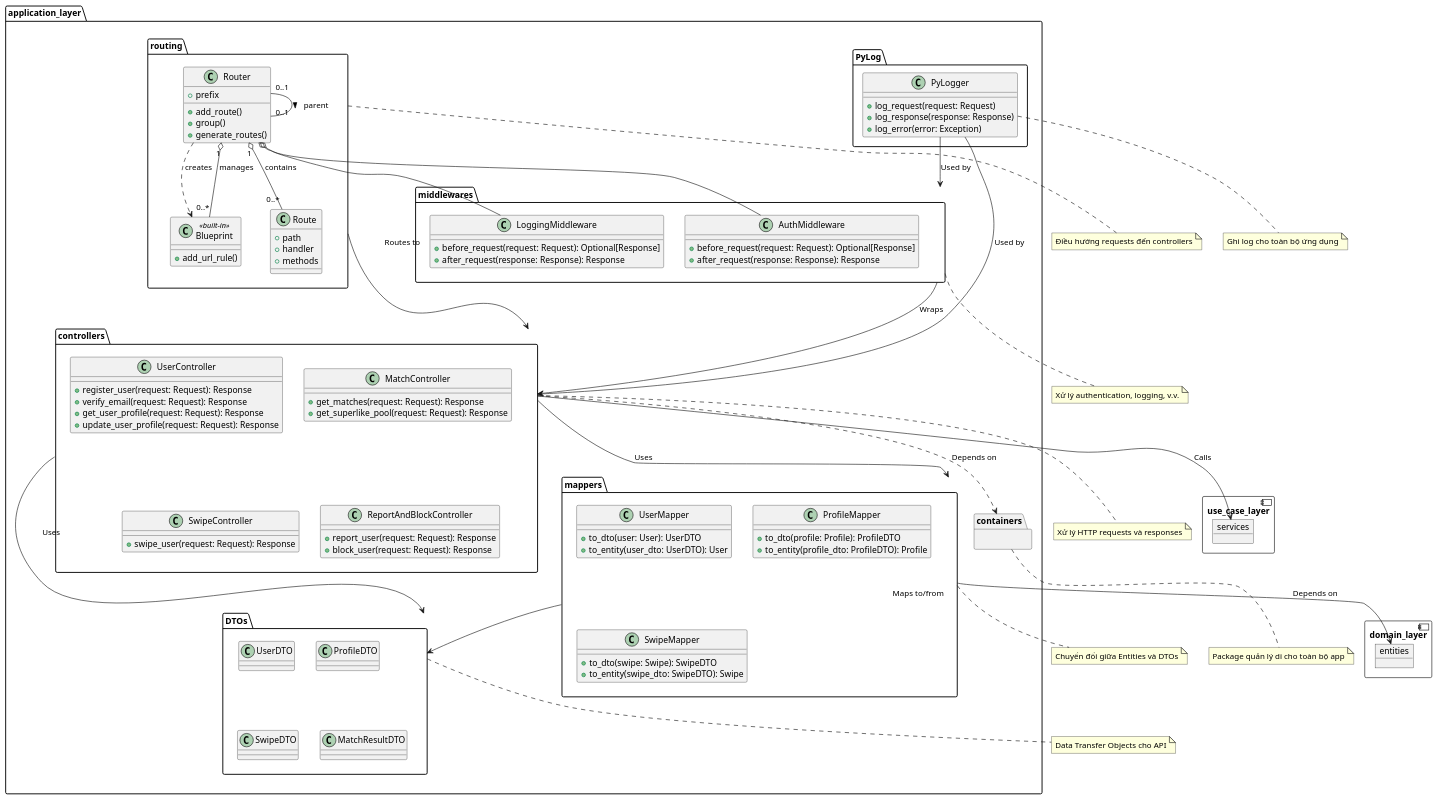
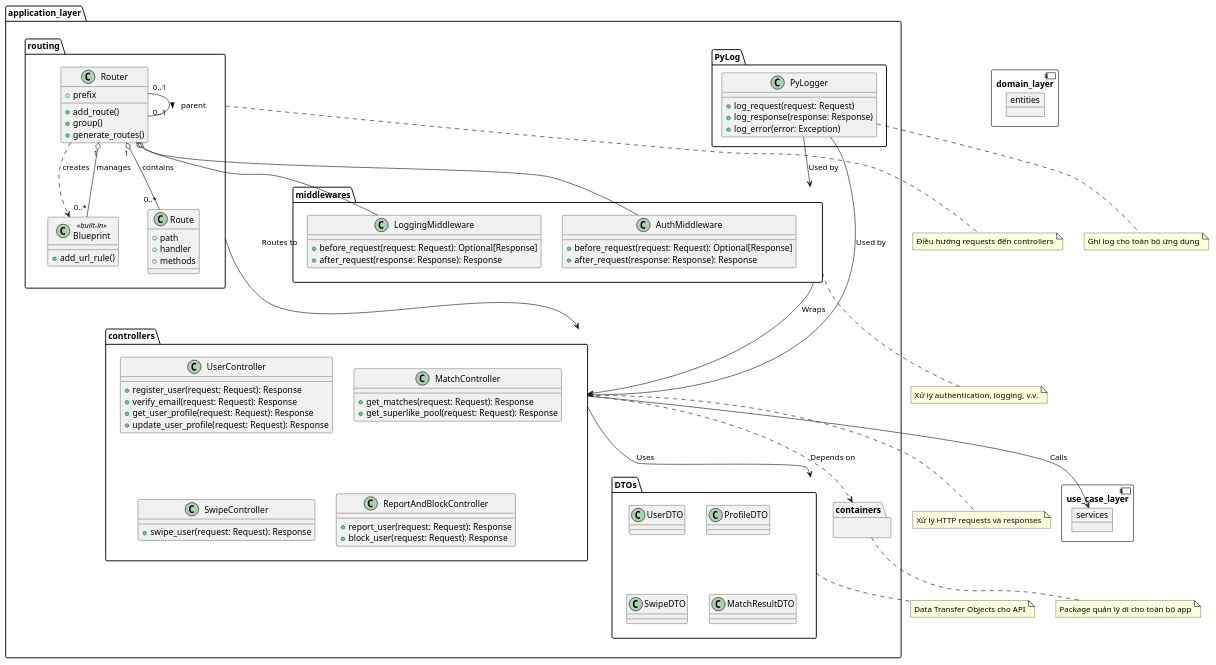
The fifth of 5 diagrams in docs/Dating_App_Package_diagram.puml (tammysensitive2312/Tinder-Dating-App-_IT4409), drawn with PlantUML before and after one commit. The commit also changed 6 other files, not shown here.

```diff
--- a/docs/Dating_App_Package_diagram.puml
+++ b/docs/Dating_App_Package_diagram.puml
@@ -354,162 +354,162 @@
 @startuml application_layer
 
 ' Định nghĩa package chính cho Application Layer
 package application_layer {
 
     ' Package Controllers
     package controllers {
         class UserController {
             + register_user(request: Request): Response
             + verify_email(request: Request): Response
             + get_user_profile(request: Request): Response
             + update_user_profile(request: Request): Response
         }
 
         class MatchController {
             + get_matches(request: Request): Response
             + get_superlike_pool(request: Request): Response
         }
 
         class SwipeController {
             + swipe_user(request: Request): Response
         }
 
         class ReportAndBlockController {
             + report_user(request: Request): Response
             + block_user(request: Request): Response
         }
     }
 
     ' Package Middleware
     package middlewares {
         class AuthMiddleware {
             + before_request(request: Request): Optional[Response]
             + after_request(response: Response): Response
         }
 
         class LoggingMiddleware {
             + before_request(request: Request): Optional[Response]
             + after_request(response: Response): Response
         }
     }
 
     ' Package Logging
     package PyLog {
         class PyLogger {
             + log_request(request: Request)
             + log_response(response: Response)
             + log_error(error: Exception)
         }
     }
 
     ' Package Routing
     package routing {
     class Route {
         + path
         + handler
         + methods
     }
 
     class Router {
         + prefix
         + add_route()
         + group()
         + generate_routes()
     }
 
     class Blueprint <<built-in>> {
         + add_url_rule()
     }
 
     Router "1" o-- "0..*" Route : contains
     Router "0..1" -- "0..1" Router : parent >
     Router "1" o-- "0..*" Blueprint : manages
     Router ..> Blueprint : creates
 
     Router o-- AuthMiddleware
     Router o-- LoggingMiddleware
     }
 
     ' Package Mappers
-    package mappers {
-        class UserMapper {
-            + to_dto(user: User): UserDTO
-            + to_entity(user_dto: UserDTO): User
-        }
-
-        class ProfileMapper {
-            + to_dto(profile: Profile): ProfileDTO
-            + to_entity(profile_dto: ProfileDTO): Profile
-        }
-
-        class SwipeMapper {
-            + to_dto(swipe: Swipe): SwipeDTO
-            + to_entity(swipe_dto: SwipeDTO): Swipe
-        }
-    }
+'    package mappers {
+'        class UserMapper {
+'            + to_dto(user: User): UserDTO
+'            + to_entity(user_dto: UserDTO): User
+'        }
+'
+'        class ProfileMapper {
+'            + to_dto(profile: Profile): ProfileDTO
+'            + to_entity(profile_dto: ProfileDTO): Profile
+'        }
+'
+'        class SwipeMapper {
+'            + to_dto(swipe: Swipe): SwipeDTO
+'            + to_entity(swipe_dto: SwipeDTO): Swipe
+'        }
+'    }
 
     ' Package DTOs
     package "DTOs" {
         class UserDTO
         class ProfileDTO
         class SwipeDTO
         class MatchResultDTO
     }
 
     package containers {
     }
 }
 
 ' Định nghĩa các mối quan hệ giữa các package trong Application Layer
-controllers --> mappers : "Uses"
+'controllers --> mappers : "Uses"
 controllers --> DTOs : "Uses"
-mappers --> DTOs : "Maps to/from"
+'mappers --> DTOs : "Maps to/from"
 middlewares --> controllers : "Wraps"
 routing --> controllers : "Routes to"
 PyLogger --> middlewares : "Used by"
 PyLogger --> controllers : "Used by"
 controllers ..> containers : "Depends on"
 
 ' Định nghĩa các thành phần bên ngoài (external dependencies)
 component domain_layer {
     object entities
 }
 
 component use_case_layer {
     object services
 }
 
 ' Mối quan hệ với các layer khác
 controllers --> services : "Calls"
-mappers --> entities : "Depends on"
+'mappers --> entities : "Depends on"
 
 ' Ghi chú để giải thích chức năng của từng package
 note bottom of controllers
     Xử lý HTTP requests và responses
 end note
 
 note bottom of middlewares
     Xử lý authentication, logging, v.v.
 end note
 
 note bottom of PyLogger
     Ghi log cho toàn bộ ứng dụng
 end note
 
 note bottom of routing
     Điều hướng requests đến controllers
 end note
 
-note bottom of mappers
-    Chuyển đổi giữa Entities và DTOs
-end note
+'note bottom of mappers
+'    Chuyển đổi giữa Entities và DTOs
+'end note
 
 note bottom of DTOs
     Data Transfer Objects cho API
 end note
 
 note bottom of containers
     Package quản lý di cho toàn bộ app
 end note
 
 @enduml
```
